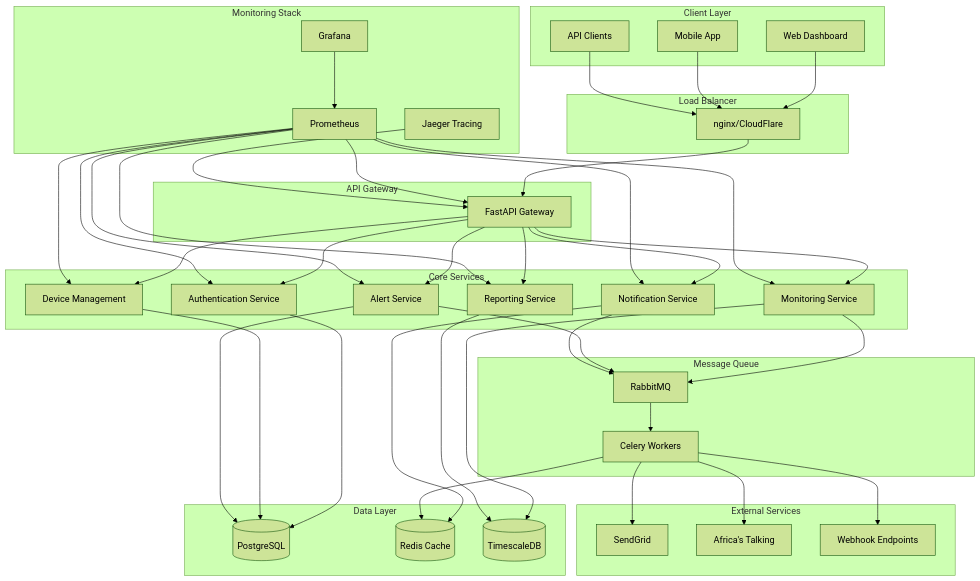
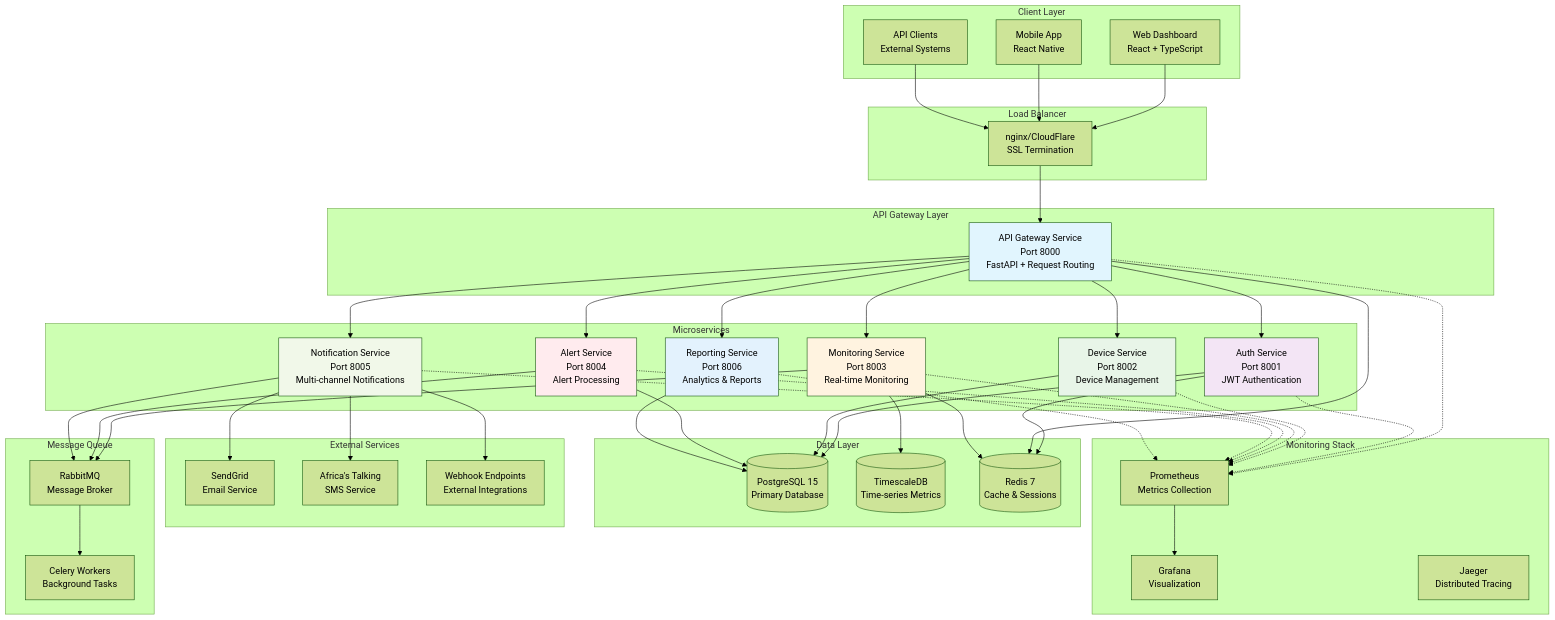
The first of 17 diagrams in ARCHITECTURE.md (Code-Savanna/netpulse), drawn with Mermaid (forest theme) before and after one commit. The commit also changed other lines of this file and 4 other files, not shown here.

First line of the commit message:
docs: Update documentation for microservices architecture

````diff
--- a/ARCHITECTURE.md
+++ b/ARCHITECTURE.md
@@ -49,56 +62,60 @@
 ```mermaid
 graph TB
     subgraph "Client Layer"
-        WEB[Web Dashboard]
-        MOBILE[Mobile App]
-        API_CLIENT[API Clients]
+        WEB[Web Dashboard<br/>React + TypeScript]
+        MOBILE[Mobile App<br/>React Native]
+        API_CLIENT[API Clients<br/>External Systems]
     end
     
     subgraph "Load Balancer"
-        LB[nginx/CloudFlare]
+        LB[nginx/CloudFlare<br/>SSL Termination]
     end
     
-    subgraph "API Gateway"
-        GATEWAY[FastAPI Gateway]
+    subgraph "API Gateway Layer"
+        GATEWAY[API Gateway Service<br/>Port 8000<br/>FastAPI + Request Routing]
     end
     
-    subgraph "Core Services"
-        AUTH[Authentication Service]
-        DEVICE[Device Management]
-        MONITOR[Monitoring Service]
-        ALERT[Alert Service]
-        NOTIFY[Notification Service]
-        REPORT[Reporting Service]
+    subgraph "Microservices"
+        AUTH[Auth Service<br/>Port 8001<br/>JWT Authentication]
+        DEVICE[Device Service<br/>Port 8002<br/>Device Management]
+        MONITOR[Monitoring Service<br/>Port 8003<br/>Real-time Monitoring]
+        ALERT[Alert Service<br/>Port 8004<br/>Alert Processing]
+        NOTIFY[Notification Service<br/>Port 8005<br/>Multi-channel Notifications]
+        REPORT[Reporting Service<br/>Port 8006<br/>Analytics & Reports]
     end
     
     subgraph "Data Layer"
-        POSTGRES[(PostgreSQL)]
-        REDIS[(Redis Cache)]
-        TIMESERIES[(TimescaleDB)]
+        POSTGRES[(PostgreSQL 15<br/>Primary Database)]
+        TIMESCALE[(TimescaleDB<br/>Time-series Metrics)]
+        REDIS[(Redis 7<br/>Cache & Sessions)]
     end
     
     subgraph "Message Queue"
-        CELERY[Celery Workers]
-        RABBIT[RabbitMQ]
+        RABBIT[RabbitMQ<br/>Message Broker]
+        CELERY[Celery Workers<br/>Background Tasks]
     end
     
     subgraph "External Services"
-        SENDGRID[SendGrid]
-        AFRICAS[Africa's Talking]
-        WEBHOOKS[Webhook Endpoints]
+        SENDGRID[SendGrid<br/>Email Service]
+        AFRICAS[Africa's Talking<br/>SMS Service]
+        WEBHOOKS[Webhook Endpoints<br/>External Integrations]
     end
     
     subgraph "Monitoring Stack"
-        PROMETHEUS[Prometheus]
-        GRAFANA[Grafana]
-        JAEGER[Jaeger Tracing]
+        PROMETHEUS[Prometheus<br/>Metrics Collection]
+        GRAFANA[Grafana<br/>Visualization]
+        JAEGER[Jaeger<br/>Distributed Tracing]
     end
     
+    %% Client connections
     WEB --> LB
     MOBILE --> LB
     API_CLIENT --> LB
     
+    %% Load balancer to gateway
     LB --> GATEWAY
+    
+    %% Gateway to services
     GATEWAY --> AUTH
     GATEWAY --> DEVICE
     GATEWAY --> MONITOR
@@ -106,33 +123,45 @@
     GATEWAY --> NOTIFY
     GATEWAY --> REPORT
     
+    %% Service to database connections
     AUTH --> POSTGRES
     DEVICE --> POSTGRES
-    MONITOR --> TIMESERIES
+    MONITOR --> TIMESCALE
     ALERT --> POSTGRES
-    NOTIFY --> REDIS
-    REPORT --> TIMESERIES
+    REPORT --> POSTGRES
     
+    %% Cache connections
+    AUTH --> REDIS
+    GATEWAY --> REDIS
+    MONITOR --> REDIS
+    
+    %% Message queue connections
     MONITOR --> RABBIT
     ALERT --> RABBIT
     NOTIFY --> RABBIT
-    
     RABBIT --> CELERY
     
-    CELERY --> SENDGRID
-    CELERY --> AFRICAS
-    CELERY --> WEBHOOKS
+    %% External service connections
+    NOTIFY --> SENDGRID
+    NOTIFY --> AFRICAS
+    NOTIFY --> WEBHOOKS
     
-    CELERY --> REDIS
+    %% Monitoring connections
+    GATEWAY -.-> PROMETHEUS
+    AUTH -.-> PROMETHEUS
+    DEVICE -.-> PROMETHEUS
+    MONITOR -.-> PROMETHEUS
+    ALERT -.-> PROMETHEUS
+    NOTIFY -.-> PROMETHEUS
+    REPORT -.-> PROMETHEUS
     
-    PROMETHEUS --> GATEWAY
-    PROMETHEUS --> AUTH
-    PROMETHEUS --> DEVICE
-    PROMETHEUS --> MONITOR
-    PROMETHEUS --> ALERT
-    PROMETHEUS --> NOTIFY
-    PROMETHEUS --> REPORT
+    PROMETHEUS --> GRAFANA
     
-    GRAFANA --> PROMETHEUS
-    JAEGER --> GATEWAY
+    style GATEWAY fill:#e1f5fe
+    style AUTH fill:#f3e5f5
+    style DEVICE fill:#e8f5e8
+    style MONITOR fill:#fff3e0
+    style ALERT fill:#ffebee
+    style NOTIFY fill:#f1f8e9
+    style REPORT fill:#e3f2fd
 ```
````
